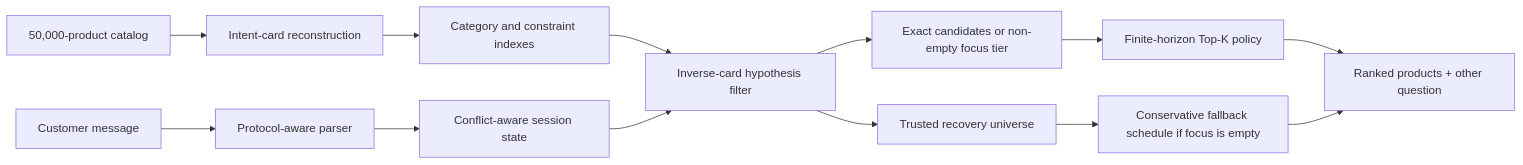
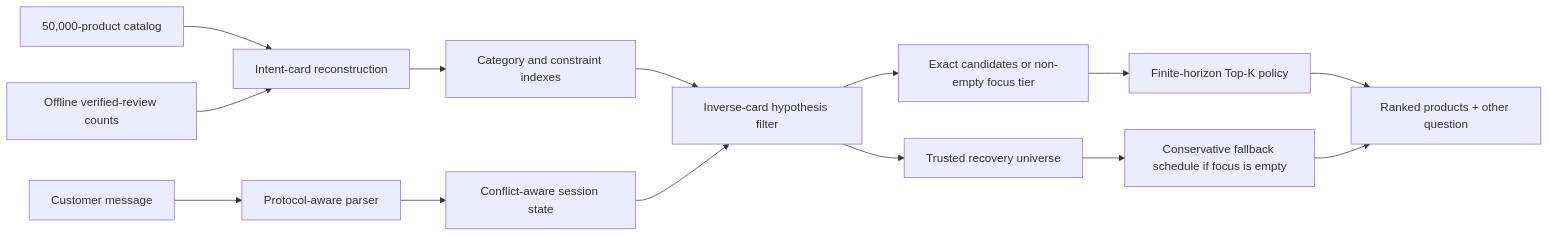
Before and after one commit to sonlexuan3000/Techjam: the diagram in README.md, drawn with Mermaid. The commit also changed other lines of this file and 32 other files, not shown here.

Commit message:
feat: ship offline review prior

````diff
--- a/README.md
+++ b/README.md
@@ -79,16 +98,17 @@
 ```mermaid
 flowchart LR
     C[50,000-product catalog] --> I[Intent-card reconstruction]
+    A[Offline verified-review counts] --> I
     I --> X[Category and constraint indexes]
 
     U[Customer message] --> P[Protocol-aware parser]
     P --> S[Conflict-aware session state]
     X --> F[Inverse-card hypothesis filter]
     S --> F
     F --> T[Exact candidates or non-empty focus tier]
     F --> K[Trusted recovery universe]
     T --> D[Finite-horizon Top-K policy]
     K --> Q[Conservative fallback schedule if focus is empty]
     D --> R[Ranked products + other question]
     Q --> R
 ```
````
